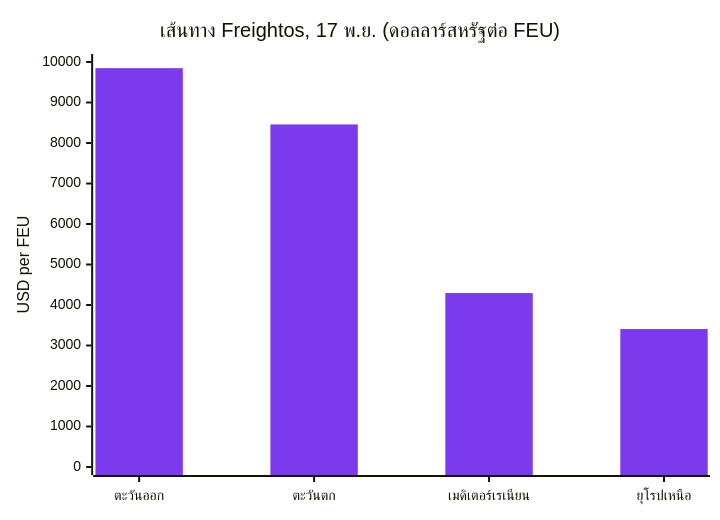
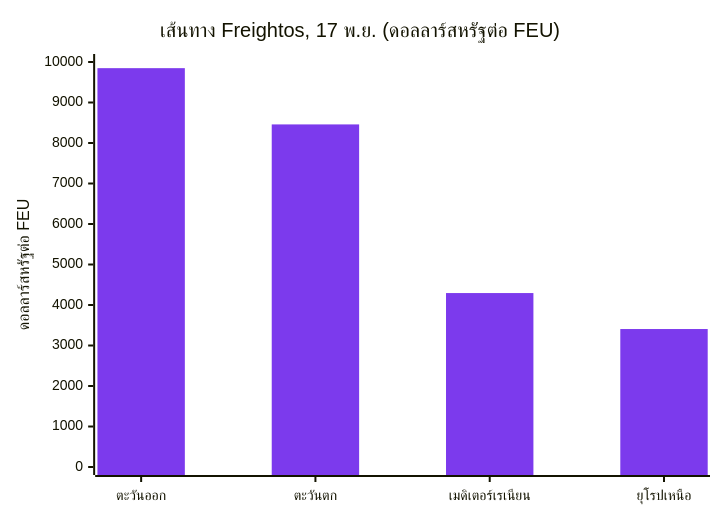
The ninth of 15 diagrams in Global-Trade-Intelligence-weekly-2026-11-23/index.th.md (dureach/research), drawn with Mermaid before and after one commit. The commit also changed other lines of this file and 5 other files, not shown here.

````diff
--- a/Global-Trade-Intelligence-weekly-2026-11-23/index.th.md
+++ b/Global-Trade-Intelligence-weekly-2026-11-23/index.th.md
@@ -497,8 +497,8 @@
 ```mermaid
 %%{init: {'theme': 'base', 'themeVariables': {'xyChart': {'plotColorPalette': '#7c3aed'}}}}%%
 xychart-beta
     title "เส้นทาง Freightos, 17 พ.ย. (ดอลลาร์สหรัฐต่อ FEU)"
     x-axis ["ตะวันออก", "ตะวันตก", "เมดิเตอร์เรเนียน", "ยุโรปเหนือ"]
-    y-axis "USD per FEU" 0 --> 10000
+    y-axis "ดอลลาร์สหรัฐต่อ FEU" 0 --> 10000
     bar [9848, 8459, 4295, 3407]
 ```
````
